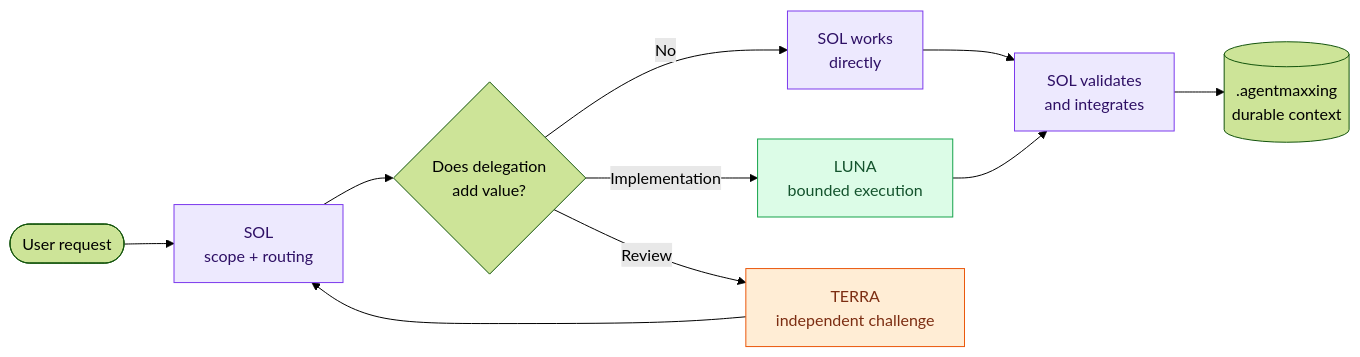
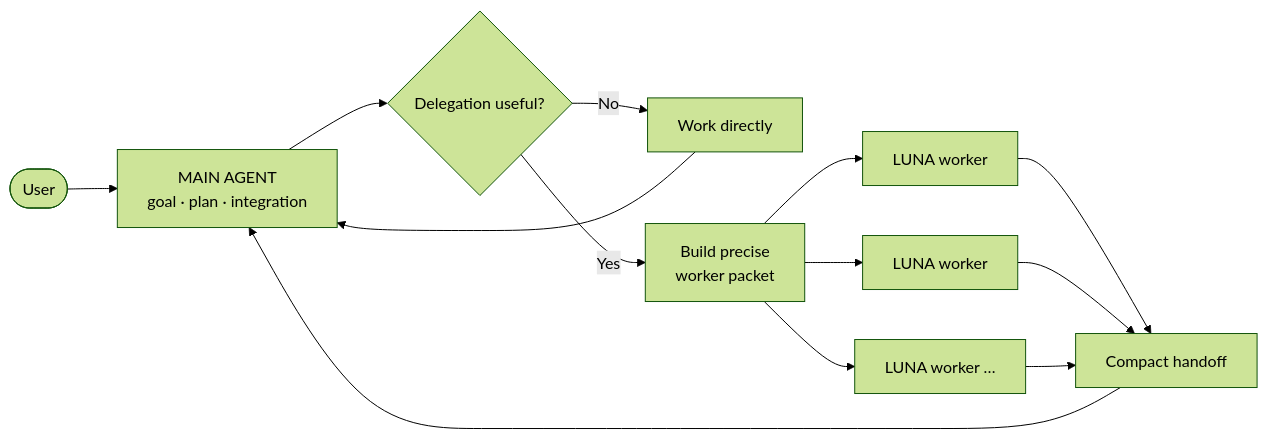
Before and after one commit to HakanBabus/AgentMaxxing: the first of 2 diagrams in README.md, drawn with Mermaid (forest theme). The commit also changed other lines of this file and 27 other files, not shown here.

Commit message:
Redesign AgentMaxxing around bounded LUNA workers

````diff
--- a/README.md
+++ b/README.md
@@ -36,19 +30,15 @@
 ```mermaid
 flowchart LR
-    U([User request]) --> S["SOL<br/>scope + routing"]
-    S --> D{"Does delegation<br/>add value?"}
-    D -- "No" --> W["SOL works<br/>directly"]
-    D -- "Implementation" --> L["LUNA<br/>bounded execution"]
-    D -- "Review" --> T["TERRA<br/>independent challenge"]
-    W --> V["SOL validates<br/>and integrates"]
-    L --> V
-    T --> S
-    V --> P[(".agentmaxxing<br/>durable context")]
-
-    classDef sol fill:#ede9fe,stroke:#7c3aed,color:#2e1065
-    classDef luna fill:#dcfce7,stroke:#16a34a,color:#14532d
-    classDef terra fill:#ffedd5,stroke:#ea580c,color:#7c2d12
-    class S,W,V sol
-    class L luna
-    class T terra
+    U([User]) --> M["MAIN AGENT<br/>goal · plan · integration"]
+    M --> R{"Delegation useful?"}
+    R -- No --> D["Work directly"]
+    R -- Yes --> P["Build precise<br/>worker packet"]
+    P --> W1["LUNA worker"]
+    P --> W2["LUNA worker"]
+    P --> WN["LUNA worker …"]
+    W1 --> H["Compact handoff"]
+    W2 --> H
+    WN --> H
+    H --> M
+    D --> M
 ```
````
